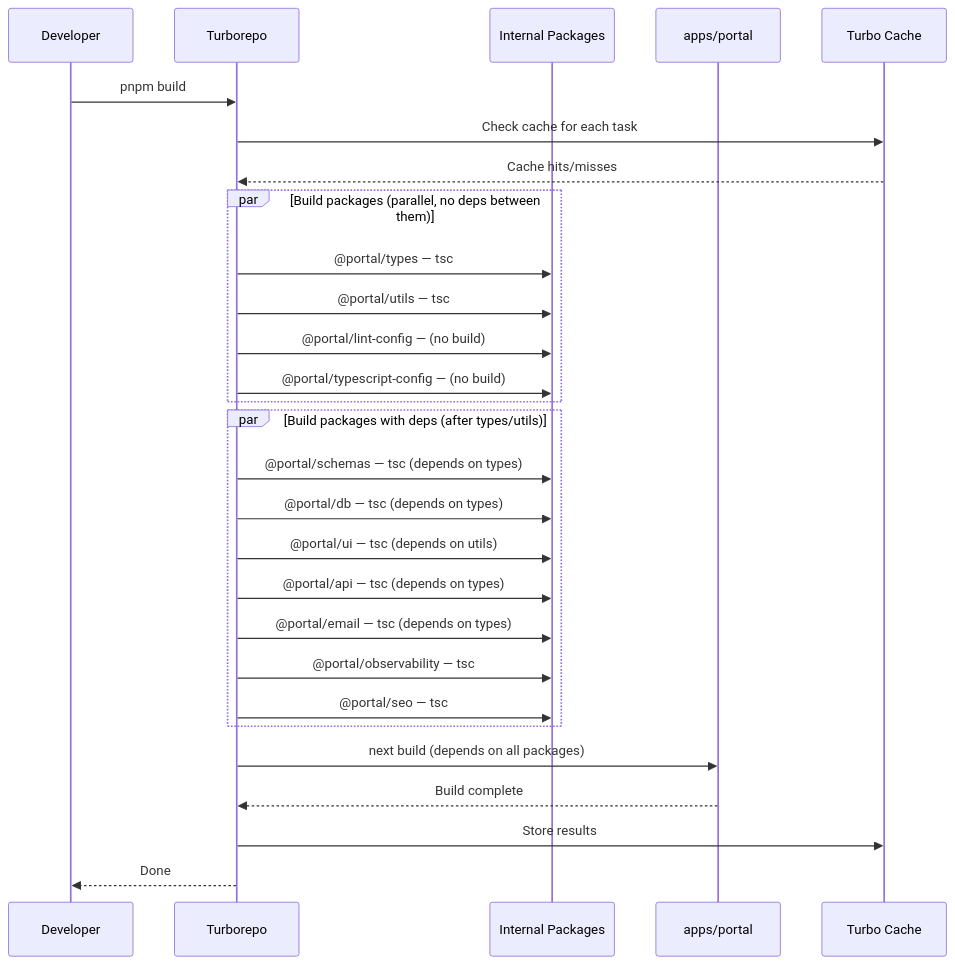
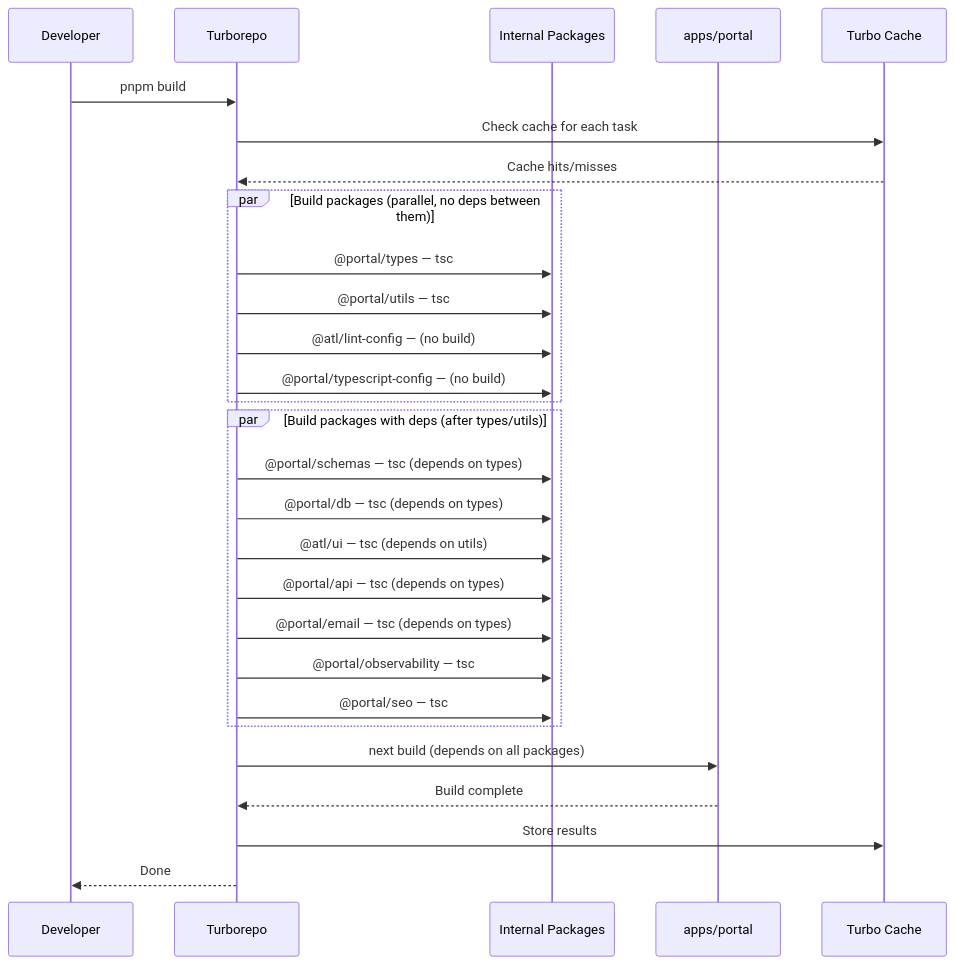
One commit to allthingslinux/monorepo changed the second of 3 diagrams in apps/portal/.kiro/specs/turborepo-migration/design.md. Above: the diagram before and after it, drawn with Mermaid. The commit also changed other lines of this file and 19 other files, not shown here.

First line of the commit message:
refactor: align package names with @atl apps and @portal stack

````diff
--- a/apps/portal/.kiro/specs/turborepo-migration/design.md
+++ b/apps/portal/.kiro/specs/turborepo-migration/design.md
@@ -64,34 +64,34 @@
 ```mermaid
 sequenceDiagram
     participant Dev as Developer
     participant Turbo as Turborepo
     participant Pkgs as Internal Packages
     participant App as apps/portal
     participant Cache as Turbo Cache
 
     Dev->>Turbo: pnpm build
     Turbo->>Cache: Check cache for each task
     Cache-->>Turbo: Cache hits/misses
 
     par Build packages (parallel, no deps between them)
         Turbo->>Pkgs: @portal/types — tsc
         Turbo->>Pkgs: @portal/utils — tsc
-        Turbo->>Pkgs: @portal/lint-config — (no build)
+        Turbo->>Pkgs: @atl/lint-config — (no build)
         Turbo->>Pkgs: @portal/typescript-config — (no build)
     end
 
     par Build packages with deps (after types/utils)
         Turbo->>Pkgs: @portal/schemas — tsc (depends on types)
         Turbo->>Pkgs: @portal/db — tsc (depends on types)
-        Turbo->>Pkgs: @portal/ui — tsc (depends on utils)
+        Turbo->>Pkgs: @atl/ui — tsc (depends on utils)
         Turbo->>Pkgs: @portal/api — tsc (depends on types)
         Turbo->>Pkgs: @portal/email — tsc (depends on types)
         Turbo->>Pkgs: @portal/observability — tsc
         Turbo->>Pkgs: @portal/seo — tsc
     end
 
     Turbo->>App: next build (depends on all packages)
     App-->>Turbo: Build complete
     Turbo->>Cache: Store results
     Turbo-->>Dev: Done
 ```
````
